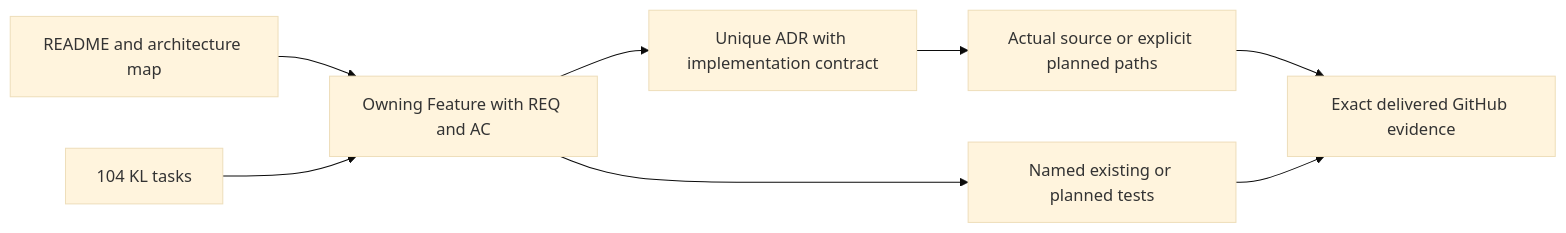
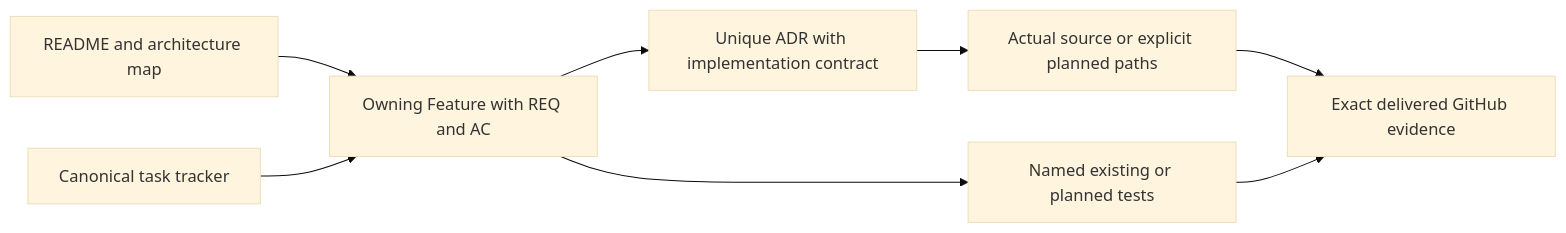
One commit to managedcode/KeyLoad changed the diagram in docs/README.md. Above: the diagram before and after it, drawn with Mermaid (base theme). The commit also changed other lines of this file and 152 other files, not shown here.

````diff
--- a/docs/README.md
+++ b/docs/README.md
@@ -50,10 +50,10 @@
 ```mermaid
 flowchart LR
     Entry[README and architecture map] --> Feature[Owning Feature with REQ and AC]
     Feature --> ADR[Unique ADR with implementation contract]
     ADR --> Source[Actual source or explicit planned paths]
     Feature --> Tests[Named existing or planned tests]
     Source --> Evidence[Exact delivered GitHub evidence]
     Tests --> Evidence
-    Backlog[104 KL tasks] --> Feature
+    Backlog[Canonical task tracker] --> Feature
 ```
````
